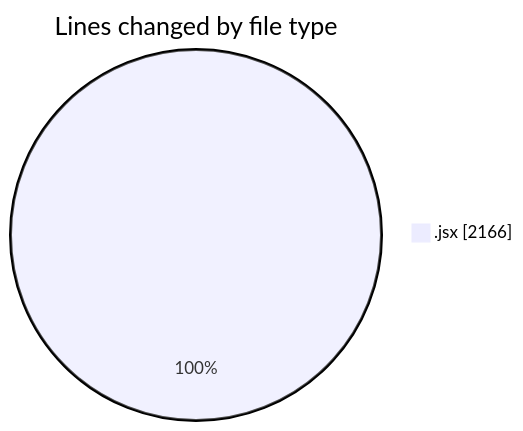
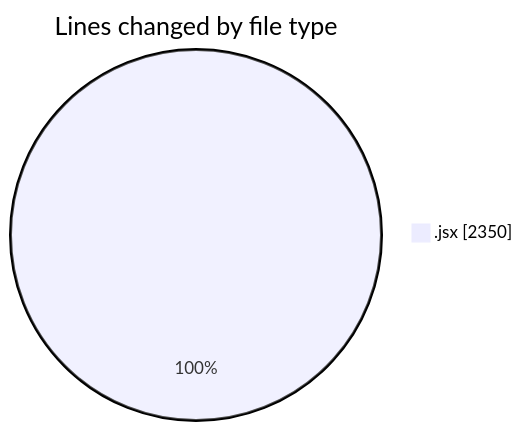
One commit to nxtqubesakshisongat/code-tracking changed the first of 2 diagrams in 2025-05-14/argos-dev/README.md. Above: the diagram before and after it, drawn with Mermaid. The commit also changed other lines of this file and 1 other file, not shown here.

````diff
--- a/2025-05-14/argos-dev/README.md
+++ b/2025-05-14/argos-dev/README.md
@@ -24,5 +24,5 @@
 ```mermaid
 pie showData
 title Lines changed by file type
-".jsx" : 2166
+".jsx" : 2350
 ```
````
